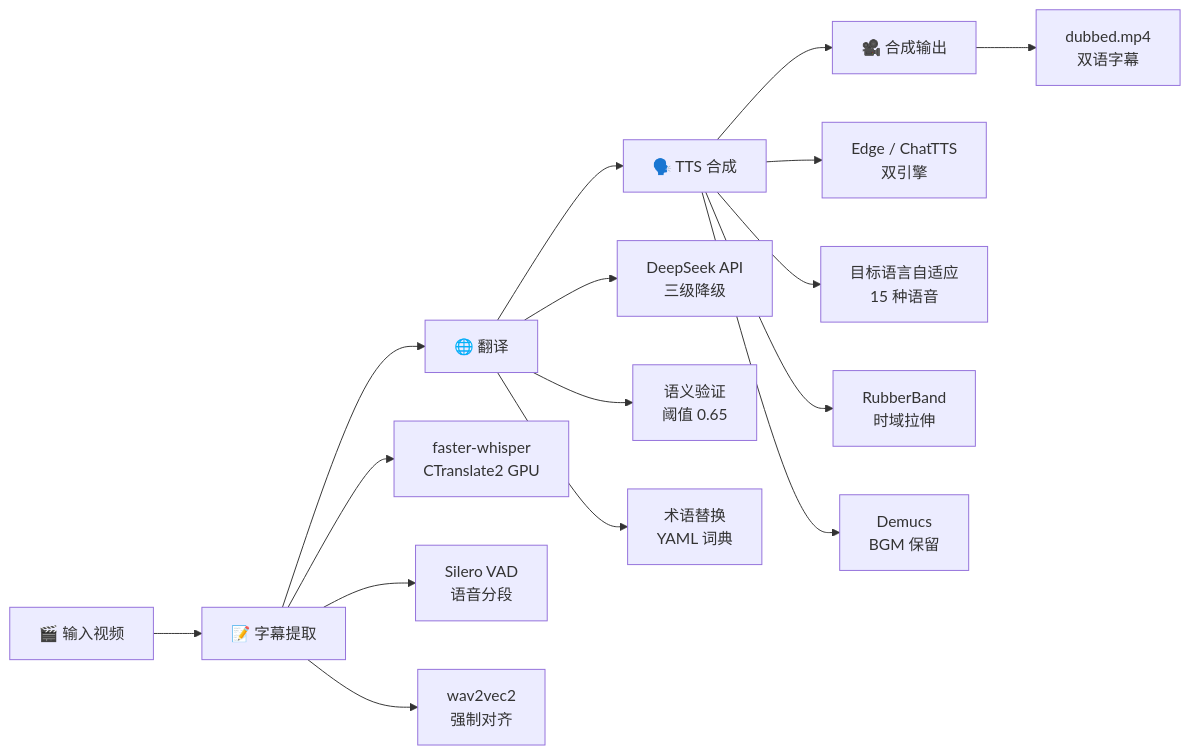
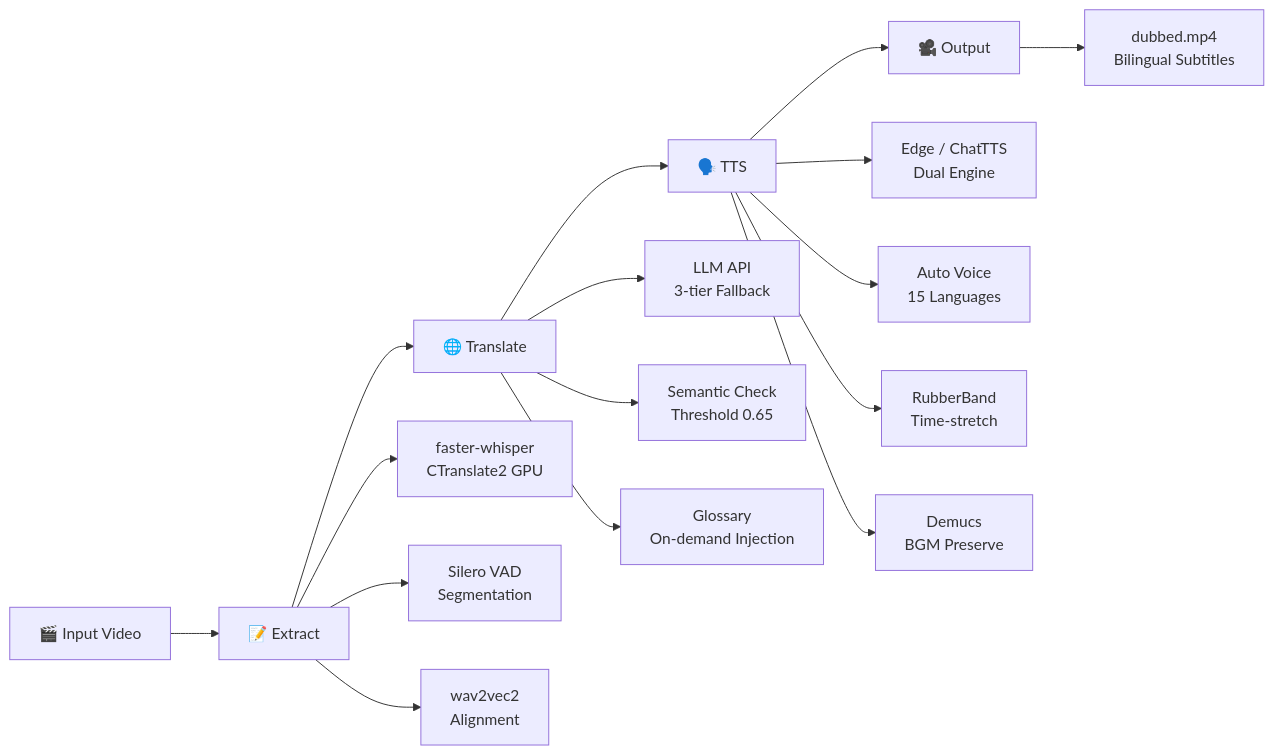
The diagram in README.md (Friend-Xu/Translate-video-WebUI), drawn with Mermaid before and after one commit. The commit also changed other lines of this file and 1 other file, not shown here.

Commit message:
docs: add bilingual README (English + 简体中文)

````diff
--- a/README.md
+++ b/README.md
@@ -84,22 +86,22 @@
 ```mermaid
 graph LR
-    A[🎬 输入视频] --> B[📝 字幕提取]
-    B --> C[🌐 翻译]
-    C --> D[🗣️ TTS 合成]
-    D --> E[🎥 合成输出]
+    A[🎬 Input Video] --> B[📝 Extract]
+    B --> C[🌐 Translate]
+    C --> D[🗣️ TTS]
+    D --> E[🎥 Output]
 
     B --> B1[faster-whisper<br/>CTranslate2 GPU]
-    B --> B2[Silero VAD<br/>语音分段]
-    B --> B3[wav2vec2<br/>强制对齐]
+    B --> B2[Silero VAD<br/>Segmentation]
+    B --> B3[wav2vec2<br/>Alignment]
 
-    C --> C1[DeepSeek API<br/>三级降级]
-    C --> C2[语义验证<br/>阈值 0.65]
-    C --> C3[术语替换<br/>YAML 词典]
+    C --> C1[LLM API<br/>3-tier Fallback]
+    C --> C2[Semantic Check<br/>Threshold 0.65]
+    C --> C3[Glossary<br/>On-demand Injection]
 
-    D --> D1[Edge / ChatTTS<br/>双引擎]
-    D --> D2[目标语言自适应<br/>15 种语音]
-    D --> D3[RubberBand<br/>时域拉伸]
-    D --> D4[Demucs<br/>BGM 保留]
+    D --> D1[Edge / ChatTTS<br/>Dual Engine]
+    D --> D2[Auto Voice<br/>15 Languages]
+    D --> D3[RubberBand<br/>Time-stretch]
+    D --> D4[Demucs<br/>BGM Preserve]
 
-    E --> E1[dubbed.mp4<br/>双语字幕]
+    E --> E1[dubbed.mp4<br/>Bilingual Subtitles]
 ```
````
